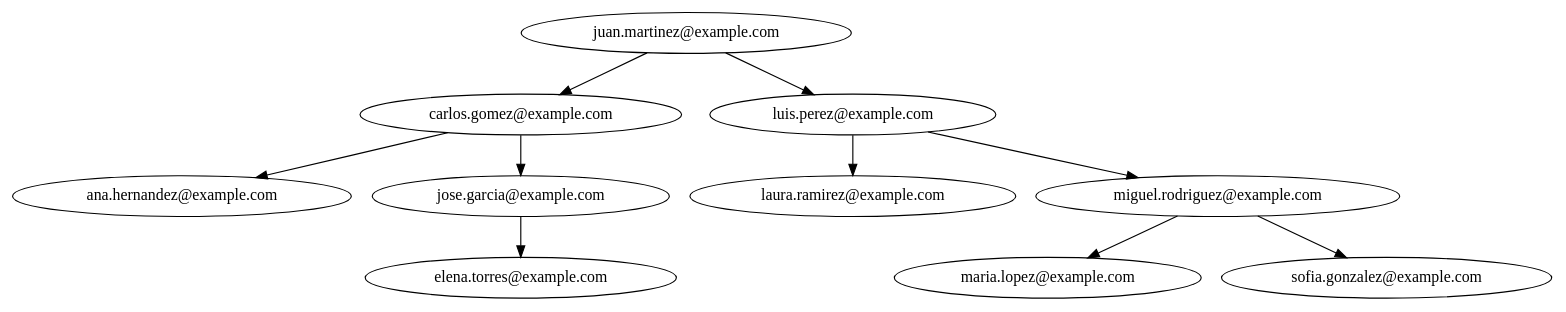
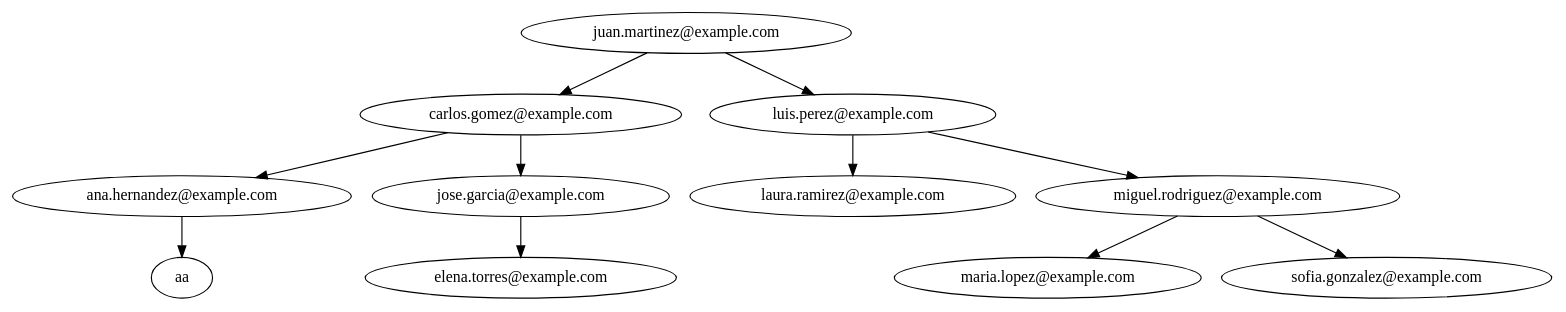
One commit to matiuuh/-EDD-Proyecto1_202203009 changed the diagram in pruebas/avl_usuarios.dot. Above: the diagram before and after it, drawn with Graphviz. The commit also changed 12 other files, not shown here.

```diff
--- a/pruebas/avl_usuarios.dot
+++ b/pruebas/avl_usuarios.dot
@@ -1,21 +1,23 @@
 digraph G {
-Nodo0x295976b5180[label = "juan.martinez@example.com"];
-Nodo0x295976b5180->Nodo0x295976b4b80;
-Nodo0x295976b5180->Nodo0x295976b4fa0;
-Nodo0x295976b4b80[label = "carlos.gomez@example.com"];
-Nodo0x295976b4b80->Nodo0x295976b52a0;
-Nodo0x295976b4b80->Nodo0x295976b52d0;
-Nodo0x295976b52a0[label = "ana.hernandez@example.com"];
-Nodo0x295976b52d0[label = "jose.garcia@example.com"];
-Nodo0x295976b52d0->Nodo0x295976b5210;
-Nodo0x295976b5210[label = "elena.torres@example.com"];
-Nodo0x295976b4fa0[label = "luis.perez@example.com"];
-Nodo0x295976b4fa0->Nodo0x295976b5150;
-Nodo0x295976b4fa0->Nodo0x295976b4c40;
-Nodo0x295976b5150[label = "laura.ramirez@example.com"];
-Nodo0x295976b4c40[label = "miguel.rodriguez@example.com"];
-Nodo0x295976b4c40->Nodo0x295976b4be0;
-Nodo0x295976b4c40->Nodo0x295976b5240;
-Nodo0x295976b4be0[label = "maria.lopez@example.com"];
-Nodo0x295976b5240[label = "sofia.gonzalez@example.com"];
+Nodo0x2a0e9ae5920[label = "juan.martinez@example.com"];
+Nodo0x2a0e9ae5920->Nodo0x2a0e9ae57a0;
+Nodo0x2a0e9ae5920->Nodo0x2a0e9ae6340;
+Nodo0x2a0e9ae57a0[label = "carlos.gomez@example.com"];
+Nodo0x2a0e9ae57a0->Nodo0x2a0e9ae5ec0;
+Nodo0x2a0e9ae57a0->Nodo0x2a0e9ae64f0;
+Nodo0x2a0e9ae5ec0[label = "ana.hernandez@example.com"];
+Nodo0x2a0e9ae5ec0->Nodo0x2a0ed3840c0;
+Nodo0x2a0ed3840c0[label = "aa"];
+Nodo0x2a0e9ae64f0[label = "jose.garcia@example.com"];
+Nodo0x2a0e9ae64f0->Nodo0x2a0e9ae63a0;
+Nodo0x2a0e9ae63a0[label = "elena.torres@example.com"];
+Nodo0x2a0e9ae6340[label = "luis.perez@example.com"];
+Nodo0x2a0e9ae6340->Nodo0x2a0e9ae5e90;
+Nodo0x2a0e9ae6340->Nodo0x2a0e9ae5ef0;
+Nodo0x2a0e9ae5e90[label = "laura.ramirez@example.com"];
+Nodo0x2a0e9ae5ef0[label = "miguel.rodriguez@example.com"];
+Nodo0x2a0e9ae5ef0->Nodo0x2a0e9ae5860;
+Nodo0x2a0e9ae5ef0->Nodo0x2a0e9ae63d0;
+Nodo0x2a0e9ae5860[label = "maria.lopez@example.com"];
+Nodo0x2a0e9ae63d0[label = "sofia.gonzalez@example.com"];
 }
```
